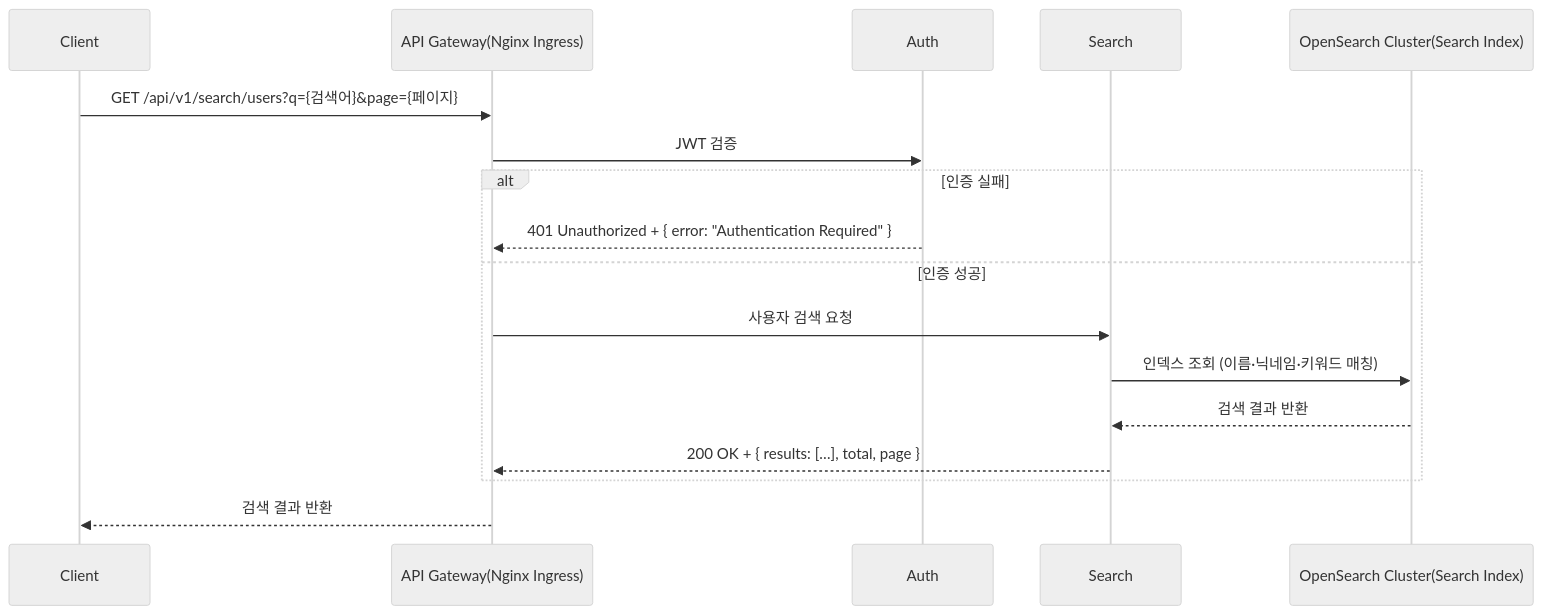
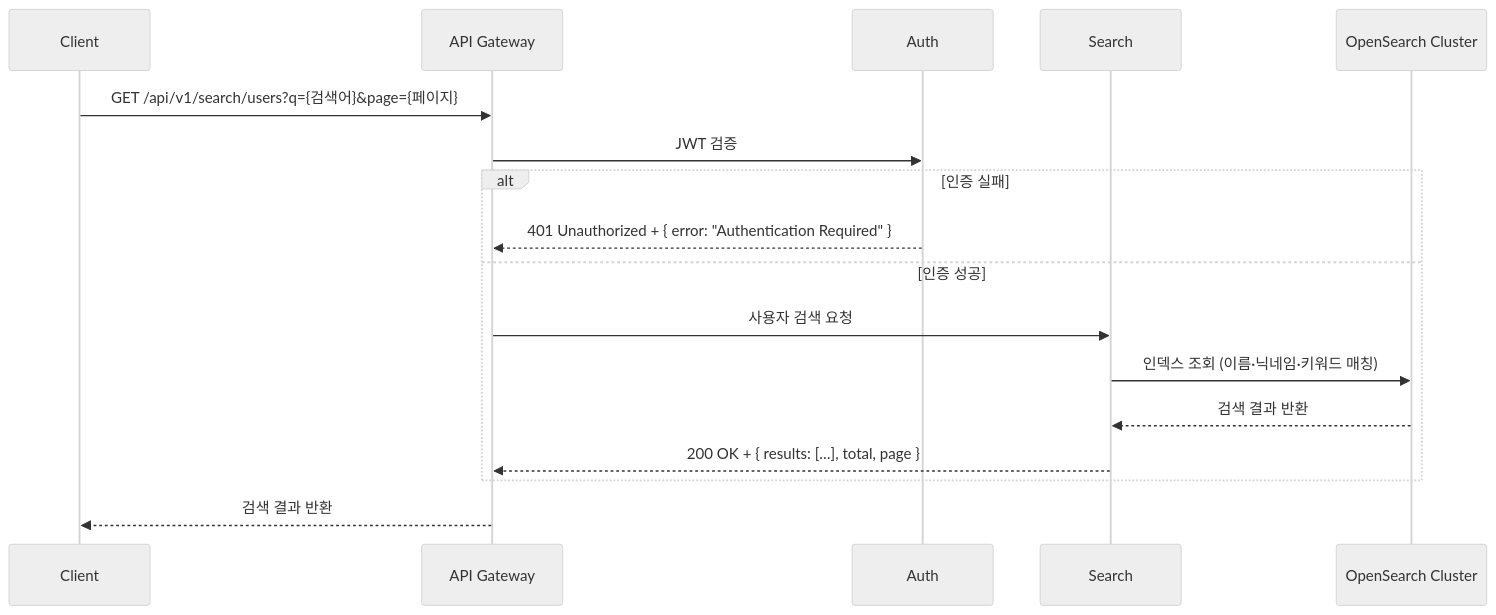
Diagram 14 of 47 in documents/sequence_diagram.md (myeonghan-nim/veilgram), drawn with Mermaid (neutral theme) before and after one commit. The commit also changed other lines of this file and 1 other file, not shown here.

````diff
--- a/documents/sequence_diagram.md
+++ b/documents/sequence_diagram.md
@@ -495,20 +493,20 @@
 ```mermaid
 sequenceDiagram
     participant Client as Client
-    participant APIGW as API Gateway(Nginx Ingress)
+    participant APIGW as API Gateway
     participant Auth as Auth
     participant Search as Search
-    participant OpenSearch as OpenSearch Cluster(Search Index)
+    participant OpenSearch as OpenSearch Cluster
 
     Client->>APIGW: GET /api/v1/search/users?q={검색어}&page={페이지}
     APIGW->>Auth: JWT 검증
     alt 인증 실패
         Auth-->>APIGW: 401 Unauthorized + { error: "Authentication Required" }
     else 인증 성공
         APIGW->>Search: 사용자 검색 요청
         Search->>OpenSearch: 인덱스 조회 (이름·닉네임·키워드 매칭)
         OpenSearch-->>Search: 검색 결과 반환
         Search-->>APIGW: 200 OK + { results: […], total, page }
     end
     APIGW-->>Client: 검색 결과 반환
 ```
````
